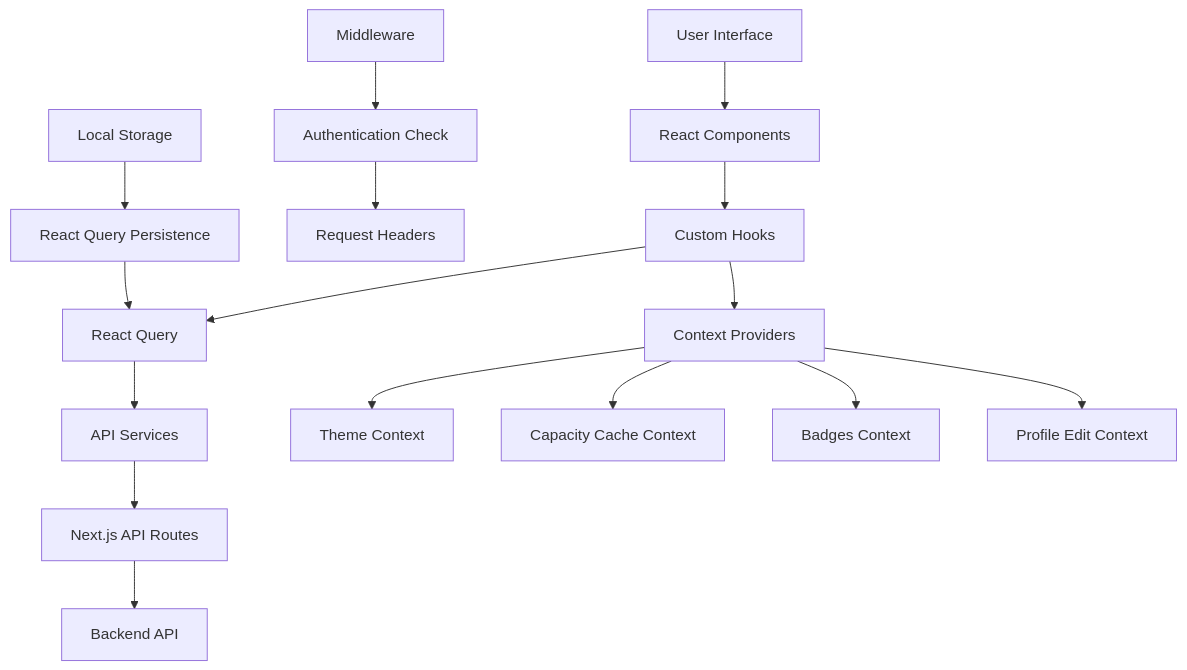
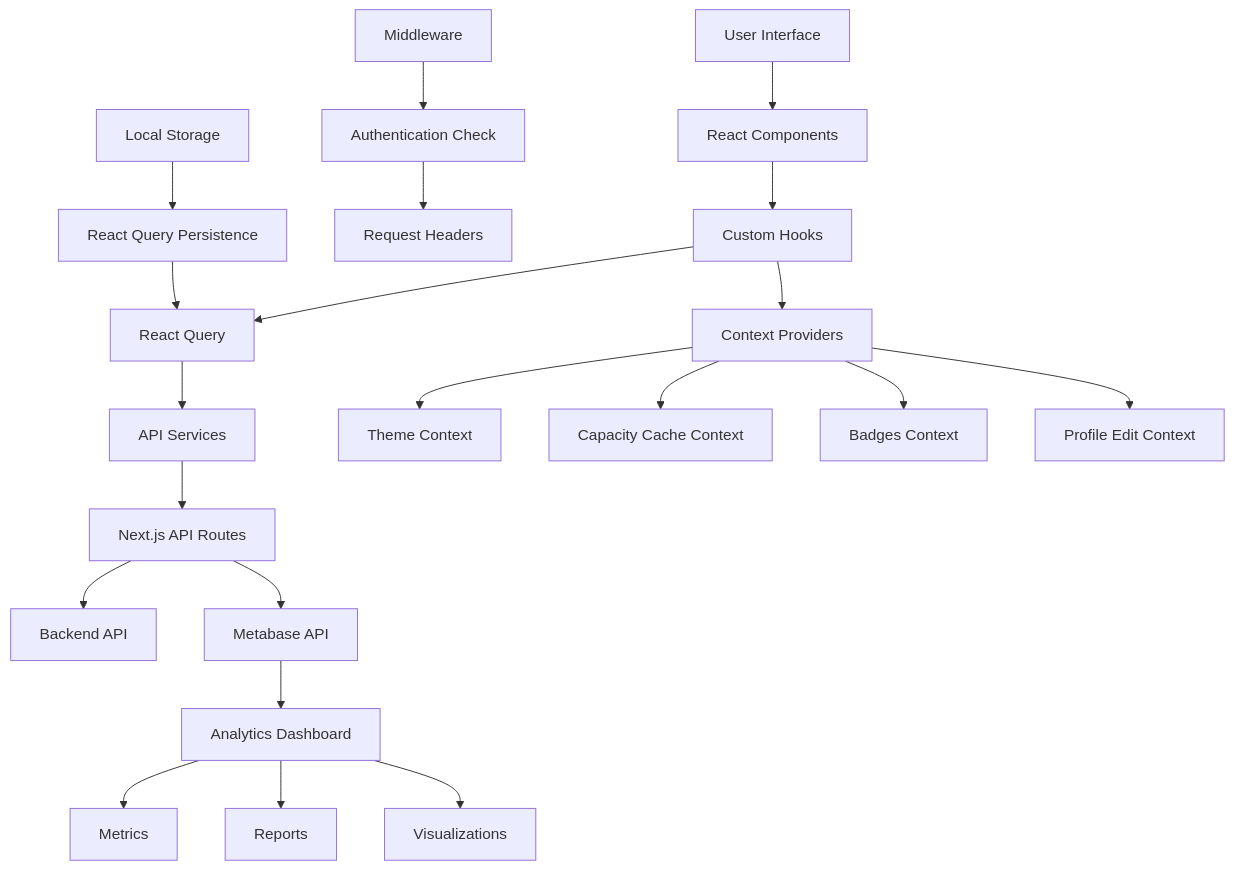
Before and after one commit to wikimediabrasil/capx-frontend: the second of 5 diagrams in README.md, drawn with Mermaid. The commit also changed other lines of this file, not shown here.

````diff
--- a/README.md
+++ b/README.md
@@ -271,22 +281,28 @@
 ```mermaid
 graph TD
     A[User Interface] --> B[React Components]
     B --> C[Custom Hooks]
     C --> D[React Query]
     C --> E[Context Providers]
 
     D --> F[API Services]
     F --> G[Next.js API Routes]
     G --> H[Backend API]
+    G --> I[Metabase API]
 
-    E --> I[Theme Context]
-    E --> J[Capacity Cache Context]
-    E --> K[Badges Context]
-    E --> L[Profile Edit Context]
+    E --> J[Theme Context]
+    E --> K[Capacity Cache Context]
+    E --> L[Badges Context]
+    E --> M[Profile Edit Context]
 
-    M[Middleware] --> N[Authentication Check]
-    N --> O[Request Headers]
+    N[Middleware] --> O[Authentication Check]
+    O --> P[Request Headers]
 
-    P[Local Storage] --> Q[React Query Persistence]
-    Q --> D
+    Q[Local Storage] --> R[React Query Persistence]
+    R --> D
+
+    I --> S[Analytics Dashboard]
+    S --> T[Metrics]
+    S --> U[Reports]
+    S --> V[Visualizations]
 ```
````
